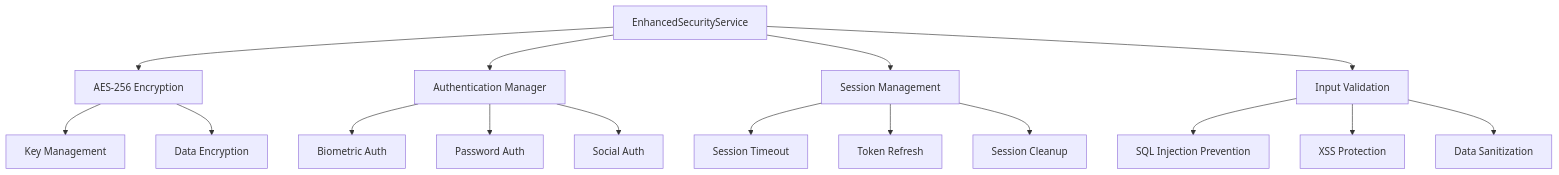
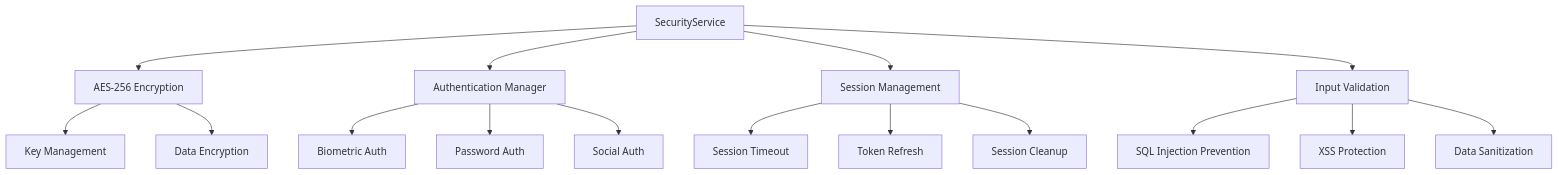
One commit to Yogendra96/Kindred changed the tenth of 22 diagrams in ARCHITECTURE.md. Above: the diagram before and after it, drawn with Mermaid. The commit also changed other lines of this file and 117 other files, not shown here.

First line of the commit message:
feat(architecture): consolidate APM/analytics services and resolve test suite

````diff
--- a/ARCHITECTURE.md
+++ b/ARCHITECTURE.md
@@ -286,22 +286,22 @@
 ```mermaid
 graph TD
-    SECURITY[EnhancedSecurityService] --> ENCRYPTION[AES-256 Encryption]
-    SECURITY --> AUTH[Authentication Manager]
-    SECURITY --> SESSION[Session Management]
-    SECURITY --> VALIDATION[Input Validation]
-    
-    ENCRYPTION --> KEY_MANAGEMENT[Key Management]
-    ENCRYPTION --> DATA_ENCRYPTION[Data Encryption]
-    
-    AUTH --> BIOMETRIC[Biometric Auth]
-    AUTH --> PASSWORD[Password Auth]
-    AUTH --> SOCIAL[Social Auth]
-    
-    SESSION --> TIMEOUT[Session Timeout]
-    SESSION --> REFRESH[Token Refresh]
-    SESSION --> CLEANUP[Session Cleanup]
-    
-    VALIDATION --> SQL_INJECTION[SQL Injection Prevention]
-    VALIDATION --> XSS[XSS Protection]
-    VALIDATION --> SANITIZATION[Data Sanitization]
+  SECURITY[SecurityService] --> ENCRYPTION[AES-256 Encryption]
+  SECURITY --> AUTH[Authentication Manager]
+  SECURITY --> SESSION[Session Management]
+  SECURITY --> VALIDATION[Input Validation]
+  
+  ENCRYPTION --> KEY_MANAGEMENT[Key Management]
+  ENCRYPTION --> DATA_ENCRYPTION[Data Encryption]
+  
+  AUTH --> BIOMETRIC[Biometric Auth]
+  AUTH --> PASSWORD[Password Auth]
+  AUTH --> SOCIAL[Social Auth]
+  
+  SESSION --> TIMEOUT[Session Timeout]
+  SESSION --> REFRESH[Token Refresh]
+  SESSION --> CLEANUP[Session Cleanup]
+  
+  VALIDATION --> SQL_INJECTION[SQL Injection Prevention]
+  VALIDATION --> XSS[XSS Protection]
+  VALIDATION --> SANITIZATION[Data Sanitization]
 ```
````
